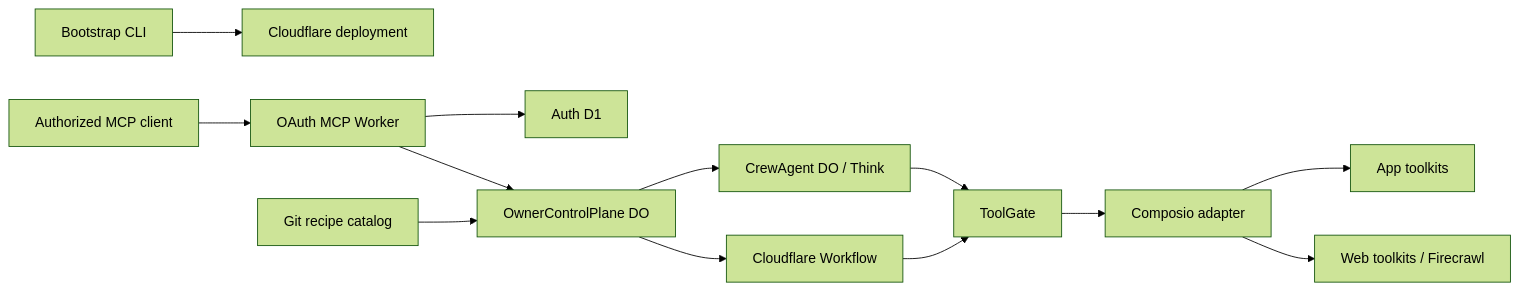
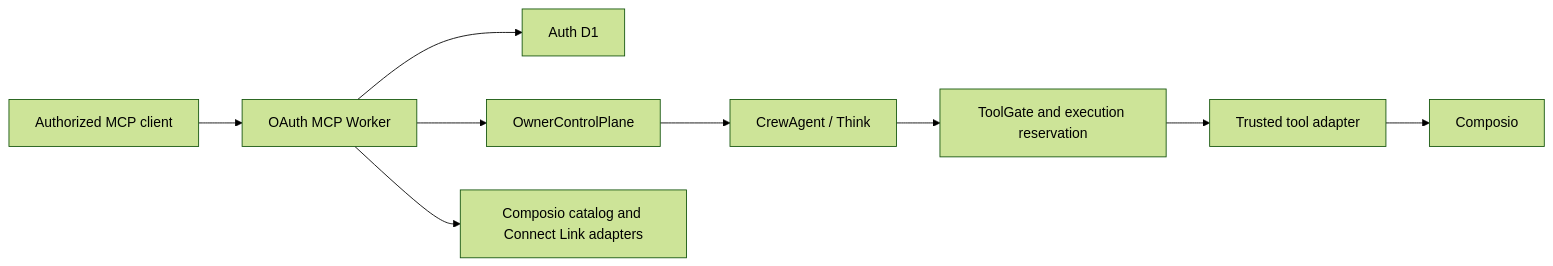
The diagram in docs/architecture/system.md (fkrein1/crewhelm), drawn with Mermaid (forest theme) before and after one commit. The commit also changed other lines of this file and 19 other files, not shown here.

````diff
--- a/docs/architecture/system.md
+++ b/docs/architecture/system.md
@@ -11,15 +16,11 @@
 ```mermaid
 flowchart LR
-    CLI["Bootstrap CLI"] --> Deploy["Cloudflare deployment"]
-    MCP["Authorized MCP client"] --> Ingress["OAuth MCP Worker"]
-    Ingress --> Auth["Auth D1"]
-    Ingress --> CP["OwnerControlPlane DO"]
-    Catalog["Git recipe catalog"] --> CP
-    CP --> Agent["CrewAgent DO / Think"]
-    CP --> Flow["Cloudflare Workflow"]
-    Agent --> Gate["ToolGate"]
-    Flow --> Gate
-    Gate --> Composio["Composio adapter"]
-    Composio --> Apps["App toolkits"]
-    Composio --> Web["Web toolkits / Firecrawl"]
+    MCP["Authorized MCP client"] --> Worker["OAuth MCP Worker"]
+    Worker --> Auth["Auth D1"]
+    Worker --> Owner["OwnerControlPlane"]
+    Owner --> Agent["CrewAgent / Think"]
+    Worker --> Catalog["Composio catalog and Connect Link adapters"]
+    Agent --> Gate["ToolGate and execution reservation"]
+    Gate --> Adapter["Trusted tool adapter"]
+    Adapter --> Composio["Composio"]
 ```
````
